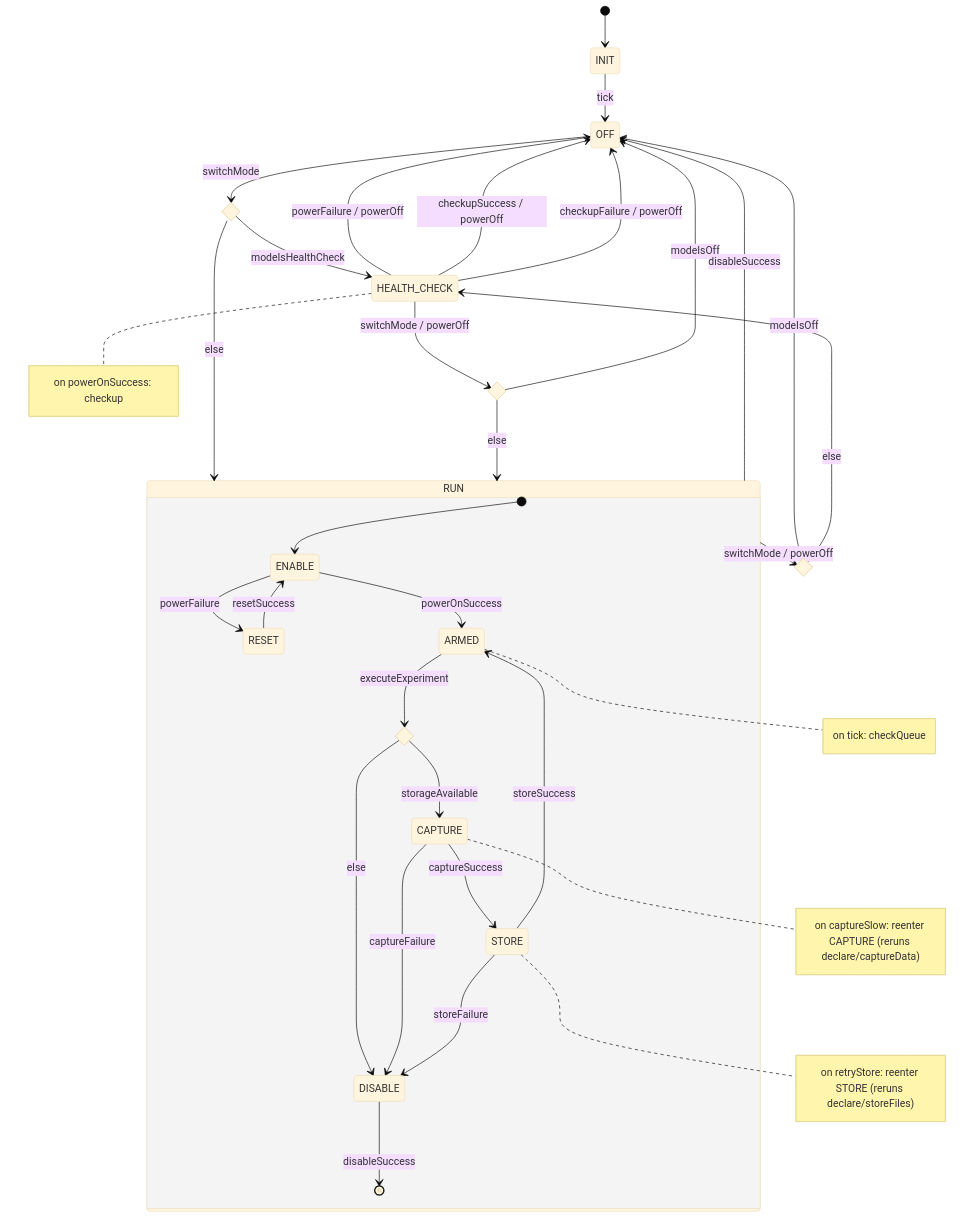
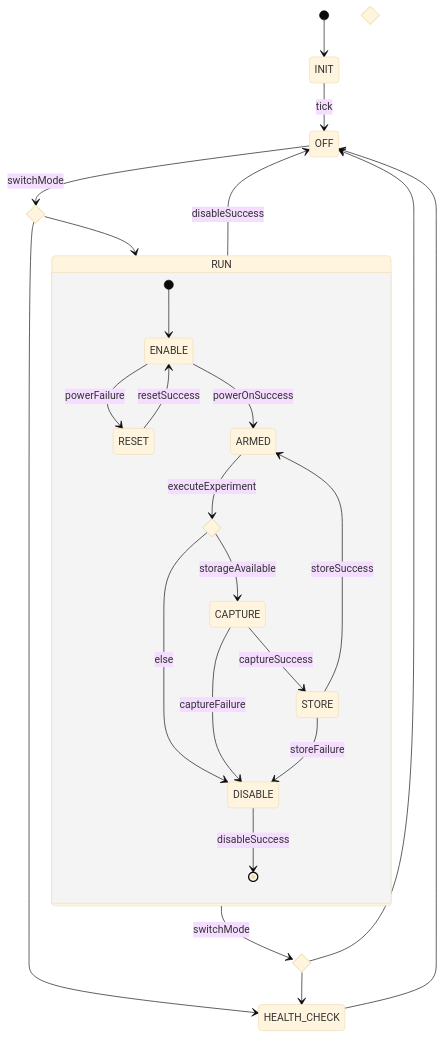
The diagram in docs/DataCollection/DataCollectionApplication.md (UWCubeSat/hs2-software-design), drawn with Mermaid (base theme) before and after one commit. The commit also changed other lines of this file, not shown here.

````diff
--- a/docs/DataCollection/DataCollectionApplication.md
+++ b/docs/DataCollection/DataCollectionApplication.md
@@ -233,58 +53,39 @@
 ```mermaid
-stateDiagram-v2
+stateDiagram
     [*] --> INIT
     INIT --> OFF : tick
 
     state OFF_SWITCH_MODE <<choice>>
     OFF --> OFF_SWITCH_MODE : switchMode
-    OFF_SWITCH_MODE --> HEALTH_CHECK : modeIsHealthCheck
-    OFF_SWITCH_MODE --> RUN : else
+    OFF_SWITCH_MODE --> HEALTH_CHECK
+    OFF_SWITCH_MODE --> RUN
 
     state HEALTH_CHECK_SWITCH_MODE <<choice>>
-    note right of HEALTH_CHECK
-        on powerOnSuccess: checkup
-    end note
-    HEALTH_CHECK --> OFF : powerFailure / powerOff
-    HEALTH_CHECK --> OFF : checkupSuccess / powerOff
-    HEALTH_CHECK --> OFF : checkupFailure / powerOff
-    HEALTH_CHECK --> HEALTH_CHECK_SWITCH_MODE : switchMode / powerOff
-    HEALTH_CHECK_SWITCH_MODE --> OFF : modeIsOff
-    HEALTH_CHECK_SWITCH_MODE --> RUN : else
+    HEALTH_CHECK --> OFF
 
     state RUN_SWITCH_MODE <<choice>>
-    RUN --> RUN_SWITCH_MODE : switchMode / powerOff
-    RUN_SWITCH_MODE --> OFF : modeIsOff
-    RUN_SWITCH_MODE --> HEALTH_CHECK : else
+    RUN --> RUN_SWITCH_MODE : switchMode
+    RUN_SWITCH_MODE --> OFF
+    RUN_SWITCH_MODE --> HEALTH_CHECK
 
     state RUN {
         [*] --> ENABLE
 
         RESET --> ENABLE : resetSuccess
         ENABLE --> ARMED : powerOnSuccess
         ENABLE --> RESET : powerFailure
 
-        note right of ARMED
-            on tick: checkQueue
-        end note
-
         state STORAGE_CHECK <<choice>>
         ARMED --> STORAGE_CHECK : executeExperiment
         STORAGE_CHECK --> CAPTURE : storageAvailable
         STORAGE_CHECK --> DISABLE : else
 
         CAPTURE --> STORE : captureSuccess
-        note right of CAPTURE
-            on captureSlow: reenter CAPTURE (reruns declare/captureData)
-        end note
         CAPTURE --> DISABLE : captureFailure
-
-        note right of STORE
-            on retryStore: reenter STORE (reruns declare/storeFiles)
-        end note
         STORE --> ARMED : storeSuccess
         STORE --> DISABLE : storeFailure
 
         DISABLE --> [*] : disableSuccess
     }
     RUN --> OFF : disableSuccess
 ```
````
